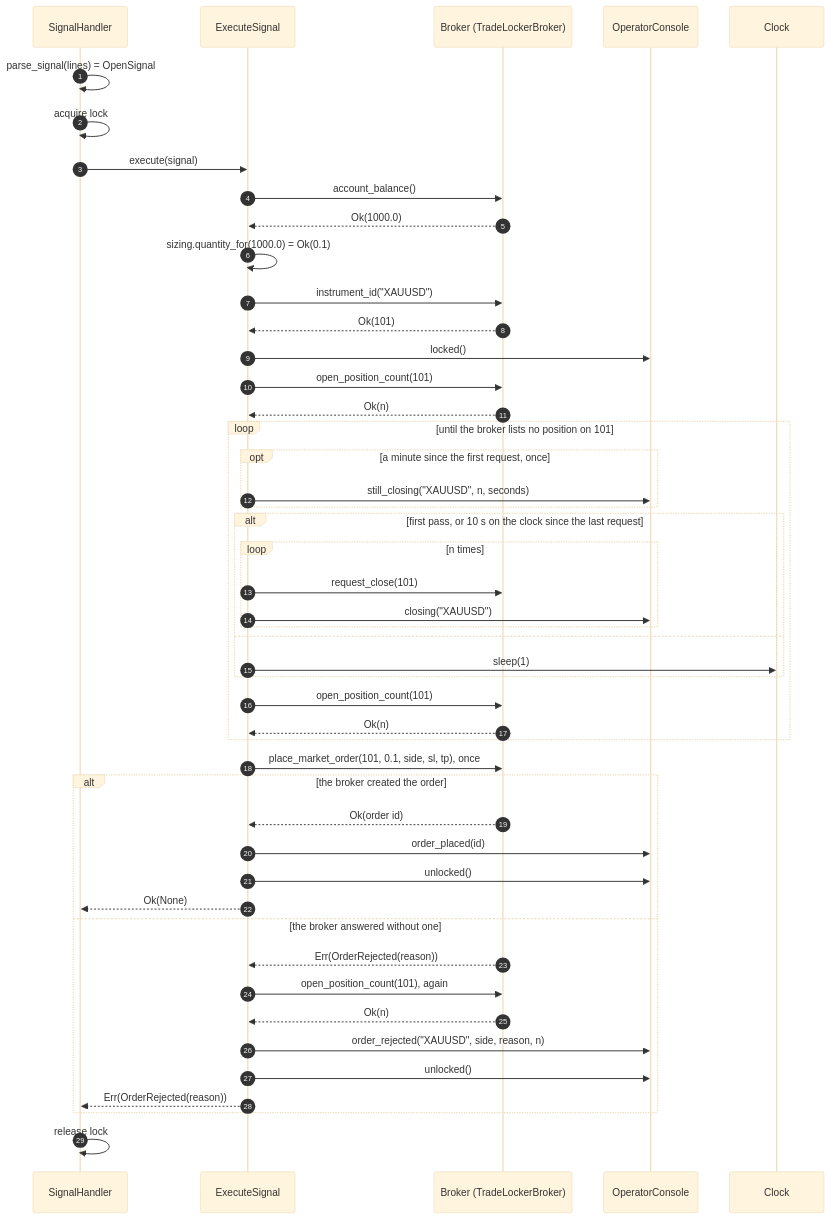
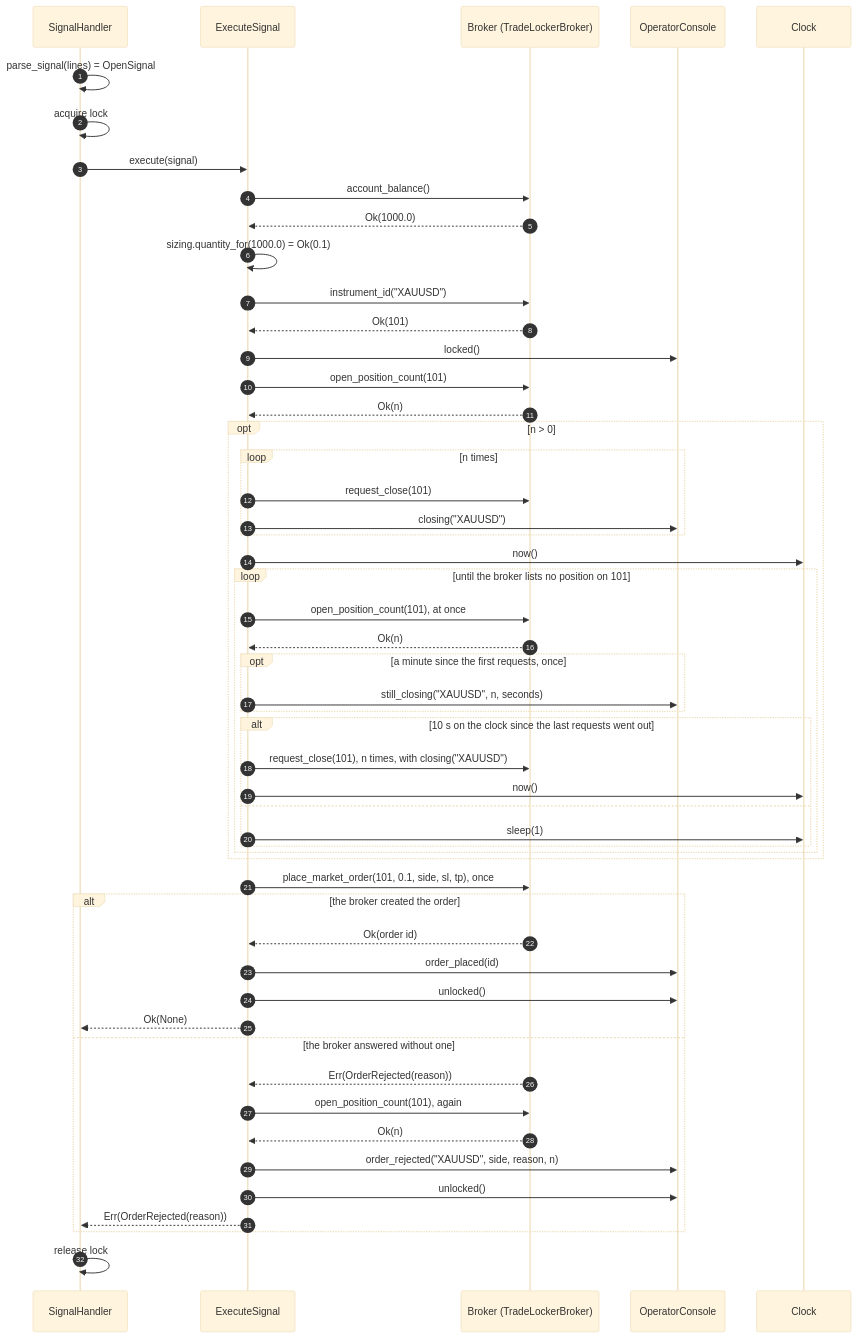
The fourth of 6 diagrams in docs/architecture.md (Akinzou/TradeLockerBot), drawn with Mermaid (base theme) before and after one commit. The commit also changed 8 other files, not shown here.

````diff
--- a/docs/architecture.md
+++ b/docs/architecture.md
@@ -166,50 +166,55 @@
 ```mermaid
 sequenceDiagram
     autonumber
     participant H as SignalHandler
     participant UC as ExecuteSignal
     participant B as Broker (TradeLockerBroker)
     participant C as OperatorConsole
     participant K as Clock
     H->>H: parse_signal(lines) = OpenSignal
     H->>H: acquire lock
     H->>UC: execute(signal)
     UC->>B: account_balance()
     B-->>UC: Ok(1000.0)
     UC->>UC: sizing.quantity_for(1000.0) = Ok(0.1)
     UC->>B: instrument_id("XAUUSD")
     B-->>UC: Ok(101)
     UC->>C: locked()
     UC->>B: open_position_count(101)
     B-->>UC: Ok(n)
-    loop until the broker lists no position on 101
-        opt a minute since the first request, once
-            UC->>C: still_closing("XAUUSD", n, seconds)
+    opt n > 0
+        loop n times
+            UC->>B: request_close(101)
+            UC->>C: closing("XAUUSD")
         end
-        alt first pass, or 10 s on the clock since the last request
-            loop n times
-                UC->>B: request_close(101)
-                UC->>C: closing("XAUUSD")
+        UC->>K: now()
+        loop until the broker lists no position on 101
+            UC->>B: open_position_count(101), at once
+            B-->>UC: Ok(n)
+            opt a minute since the first requests, once
+                UC->>C: still_closing("XAUUSD", n, seconds)
             end
-        else
-            UC->>K: sleep(1)
+            alt 10 s on the clock since the last requests went out
+                UC->>B: request_close(101), n times, with closing("XAUUSD")
+                UC->>K: now()
+            else
+                UC->>K: sleep(1)
+            end
         end
-        UC->>B: open_position_count(101)
-        B-->>UC: Ok(n)
     end
     UC->>B: place_market_order(101, 0.1, side, sl, tp), once
     alt the broker created the order
         B-->>UC: Ok(order id)
         UC->>C: order_placed(id)
         UC->>C: unlocked()
         UC-->>H: Ok(None)
     else the broker answered without one
         B-->>UC: Err(OrderRejected(reason))
         UC->>B: open_position_count(101), again
         B-->>UC: Ok(n)
         UC->>C: order_rejected("XAUUSD", side, reason, n)
         UC->>C: unlocked()
         UC-->>H: Err(OrderRejected(reason))
     end
     H->>H: release lock
 ```
````
